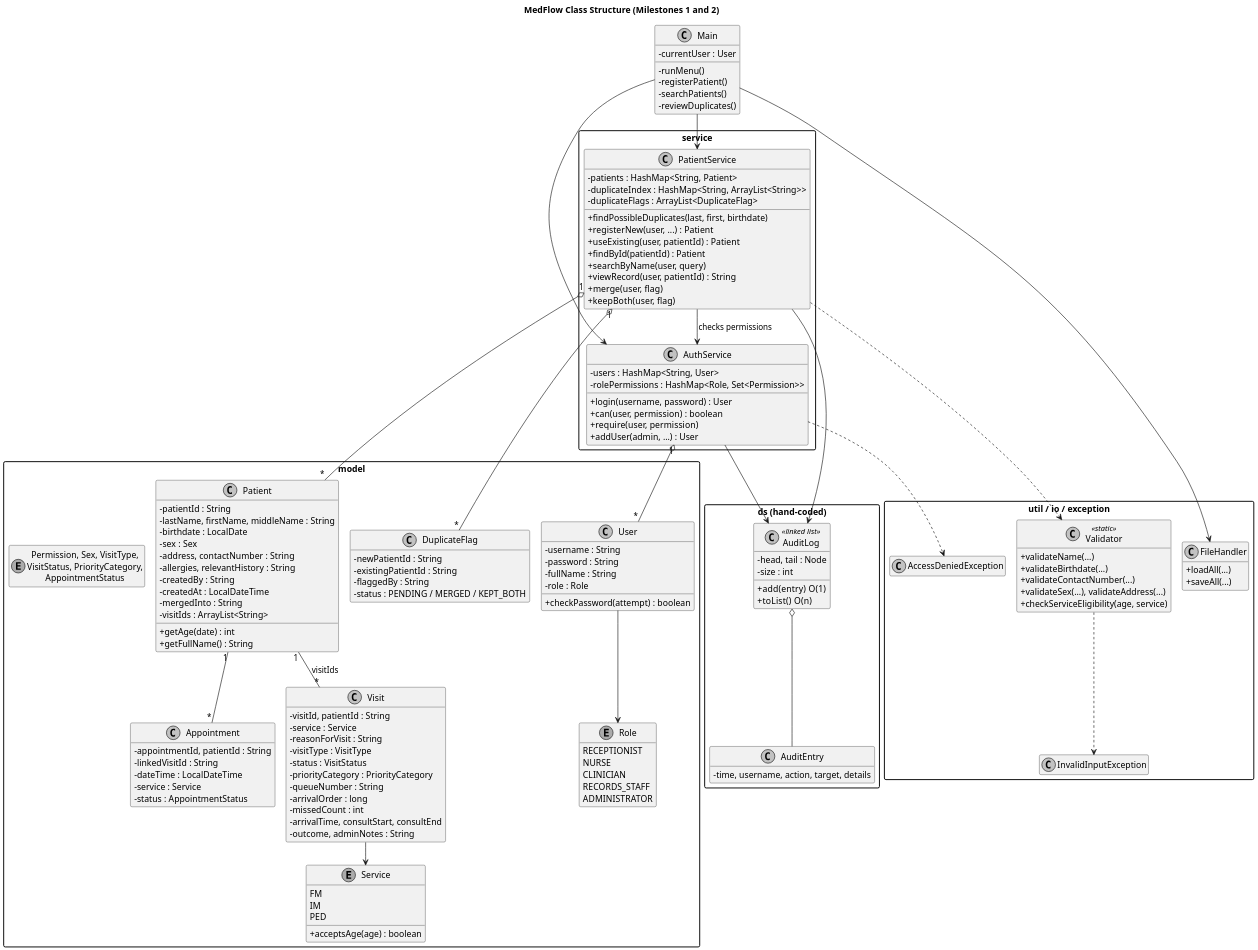
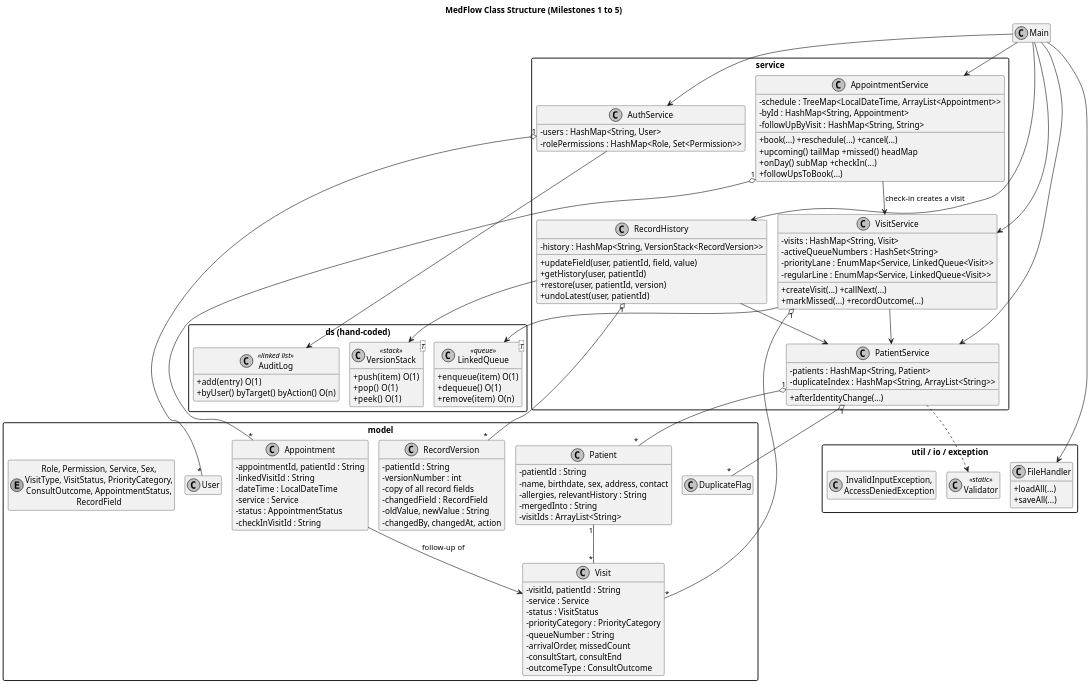
Before and after one commit to ilyan-boop/MedFlow: the diagram in evidence/MedFlow_Class_Diagram.puml, drawn with PlantUML. The commit also changed 5 other files, not shown here.

Commit message:
Update class diagram and add Milestone 5 evidence

```diff
--- a/evidence/MedFlow_Class_Diagram.puml
+++ b/evidence/MedFlow_Class_Diagram.puml
@@ -1,153 +1,136 @@
 @startuml
 !pragma layout smetana
 skinparam monochrome true
-skinparam dpi 170
+skinparam dpi 160
 skinparam shadowing false
 skinparam defaultFontName SansSerif
 skinparam classAttributeIconSize 0
 skinparam packageStyle rectangle
 hide empty members
-title MedFlow Class Structure (Milestones 1 and 2)
+title MedFlow Class Structure (Milestones 1 to 5)
 
 package "model" {
-  class User {
-    -username : String
-    -password : String
-    -fullName : String
-    -role : Role
-    +checkPassword(attempt) : boolean
-  }
   class Patient {
     -patientId : String
-    -lastName, firstName, middleName : String
-    -birthdate : LocalDate
-    -sex : Sex
-    -address, contactNumber : String
+    -name, birthdate, sex, address, contact
     -allergies, relevantHistory : String
-    -createdBy : String
-    -createdAt : LocalDateTime
     -mergedInto : String
     -visitIds : ArrayList<String>
-    +getAge(date) : int
-    +getFullName() : String
   }
   class Visit {
     -visitId, patientId : String
     -service : Service
-    -reasonForVisit : String
-    -visitType : VisitType
     -status : VisitStatus
     -priorityCategory : PriorityCategory
     -queueNumber : String
-    -arrivalOrder : long
-    -missedCount : int
-    -arrivalTime, consultStart, consultEnd
-    -outcome, adminNotes : String
+    -arrivalOrder, missedCount
+    -consultStart, consultEnd
+    -outcomeType : ConsultOutcome
   }
   class Appointment {
     -appointmentId, patientId : String
     -linkedVisitId : String
     -dateTime : LocalDateTime
     -service : Service
     -status : AppointmentStatus
+    -checkInVisitId : String
   }
-  class DuplicateFlag {
-    -newPatientId : String
-    -existingPatientId : String
-    -flaggedBy : String
-    -status : PENDING / MERGED / KEPT_BOTH
+  class RecordVersion {
+    -patientId : String
+    -versionNumber : int
+    -copy of all record fields
+    -changedField : RecordField
+    -oldValue, newValue : String
+    -changedBy, changedAt, action
   }
-  enum Role {
-    RECEPTIONIST
-    NURSE
-    CLINICIAN
-    RECORDS_STAFF
-    ADMINISTRATOR
-  }
-  enum Service {
-    FM
-    IM
-    PED
-    +acceptsAge(age) : boolean
-  }
-  enum "Permission, Sex, VisitType,\nVisitStatus, PriorityCategory,\nAppointmentStatus" as OtherEnums
+  class User
+  class DuplicateFlag
+  enum "Role, Permission, Service, Sex,\nVisitType, VisitStatus, PriorityCategory,\nConsultOutcome, AppointmentStatus,\nRecordField" as Enums
 }
 
 package "service" {
   class AuthService {
     -users : HashMap<String, User>
     -rolePermissions : HashMap<Role, Set<Permission>>
-    +login(username, password) : User
-    +can(user, permission) : boolean
-    +require(user, permission)
-    +addUser(admin, ...) : User
   }
   class PatientService {
     -patients : HashMap<String, Patient>
     -duplicateIndex : HashMap<String, ArrayList<String>>
-    -duplicateFlags : ArrayList<DuplicateFlag>
-    +findPossibleDuplicates(last, first, birthdate)
-    +registerNew(user, ...) : Patient
-    +useExisting(user, patientId) : Patient
-    +findById(patientId) : Patient
-    +searchByName(user, query)
-    +viewRecord(user, patientId) : String
-    +merge(user, flag)
-    +keepBoth(user, flag)
+    +afterIdentityChange(...)
+  }
+  class VisitService {
+    -visits : HashMap<String, Visit>
+    -activeQueueNumbers : HashSet<String>
+    -priorityLane : EnumMap<Service, LinkedQueue<Visit>>
+    -regularLine : EnumMap<Service, LinkedQueue<Visit>>
+    +createVisit(...) +callNext(...)
+    +markMissed(...) +recordOutcome(...)
+  }
+  class RecordHistory {
+    -history : HashMap<String, VersionStack<RecordVersion>>
+    +updateField(user, patientId, field, value)
+    +getHistory(user, patientId)
+    +restore(user, patientId, version)
+    +undoLatest(user, patientId)
+  }
+  class AppointmentService {
+    -schedule : TreeMap<LocalDateTime, ArrayList<Appointment>>
+    -byId : HashMap<String, Appointment>
+    -followUpByVisit : HashMap<String, String>
+    +book(...) +reschedule(...) +cancel(...)
+    +upcoming() tailMap  +missed() headMap
+    +onDay() subMap  +checkIn(...)
+    +followUpsToBook(...)
   }
 }
 
 package "ds (hand-coded)" {
   class AuditLog <<linked list>> {
-    -head, tail : Node
-    -size : int
     +add(entry)  O(1)
-    +toList()  O(n)
+    +byUser() byTarget() byAction()  O(n)
   }
-  class AuditEntry {
-    -time, username, action, target, details
+  class LinkedQueue<T> <<queue>> {
+    +enqueue(item)  O(1)
+    +dequeue()  O(1)
+    +remove(item)  O(n)
+  }
+  class VersionStack<T> <<stack>> {
+    +push(item)  O(1)
+    +pop()  O(1)
+    +peek()  O(1)
   }
 }
 
 package "util / io / exception" {
-  class Validator <<static>> {
-    +validateName(...)
-    +validateBirthdate(...)
-    +validateContactNumber(...)
-    +validateSex(...), validateAddress(...)
-    +checkServiceEligibility(age, service)
-  }
+  class Validator <<static>>
   class FileHandler {
     +loadAll(...)
     +saveAll(...)
   }
-  class InvalidInputException
-  class AccessDeniedException
+  class "InvalidInputException,\nAccessDeniedException" as Exceptions
 }
 
-class Main {
-  -currentUser : User
-  -runMenu()
-  -registerPatient()
-  -searchPatients()
-  -reviewDuplicates()
-}
+class Main
 
 Main --> AuthService
 Main --> PatientService
+Main --> VisitService
+Main --> RecordHistory
+Main --> AppointmentService
 Main --> FileHandler
-PatientService --> AuthService : checks permissions
-PatientService --> AuditLog
-AuthService --> AuditLog
-AuditLog o-- AuditEntry
-AuthService "1" o-- "*" User
+VisitService --> PatientService
+VisitService --> LinkedQueue
+RecordHistory --> PatientService
+RecordHistory --> VersionStack
+RecordHistory "1" o-- "*" RecordVersion
+AppointmentService --> VisitService : check-in creates a visit
+AppointmentService "1" o-- "*" Appointment
 PatientService "1" o-- "*" Patient
 PatientService "1" o-- "*" DuplicateFlag
-Patient "1" -- "*" Visit : visitIds
-Patient "1" -- "*" Appointment
-User --> Role
-Visit --> Service
+VisitService "1" o-- "*" Visit
+AuthService "1" o-- "*" User
+Patient "1" -- "*" Visit
+Appointment --> Visit : follow-up of
+AuthService --> AuditLog
 PatientService ..> Validator
-Validator ..> InvalidInputException
-AuthService ..> AccessDeniedException
 @enduml
```
